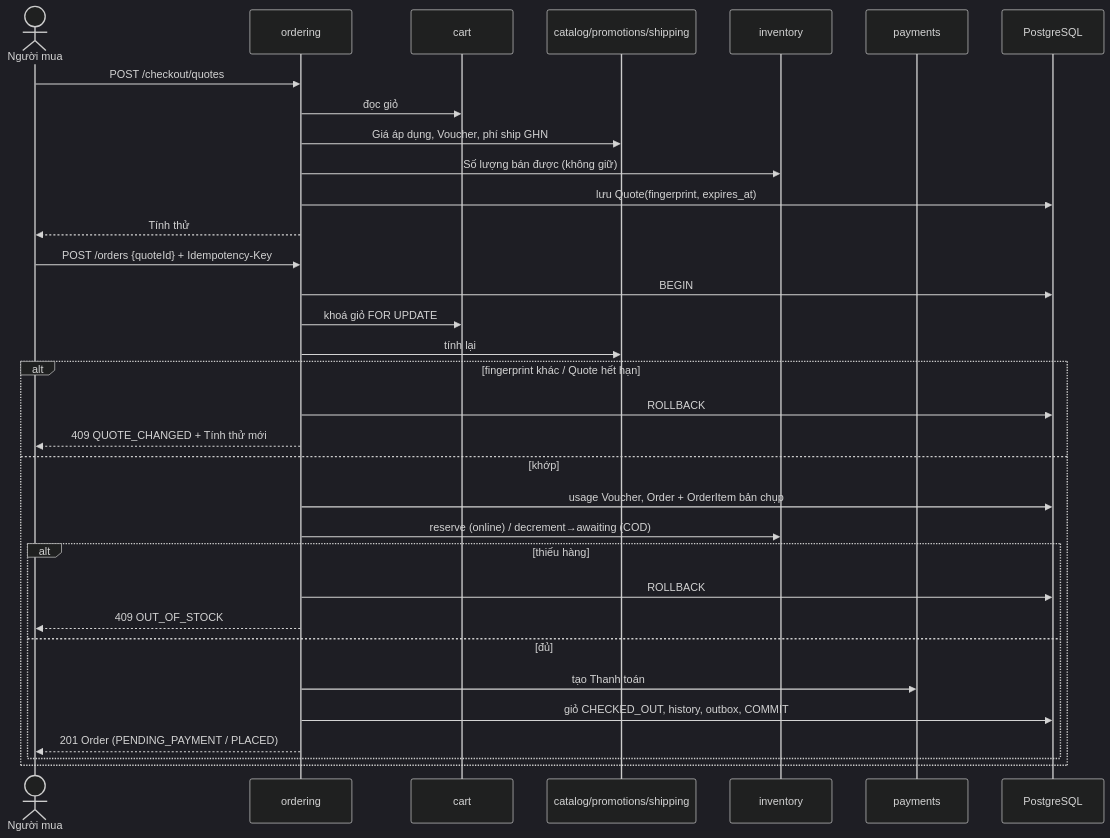
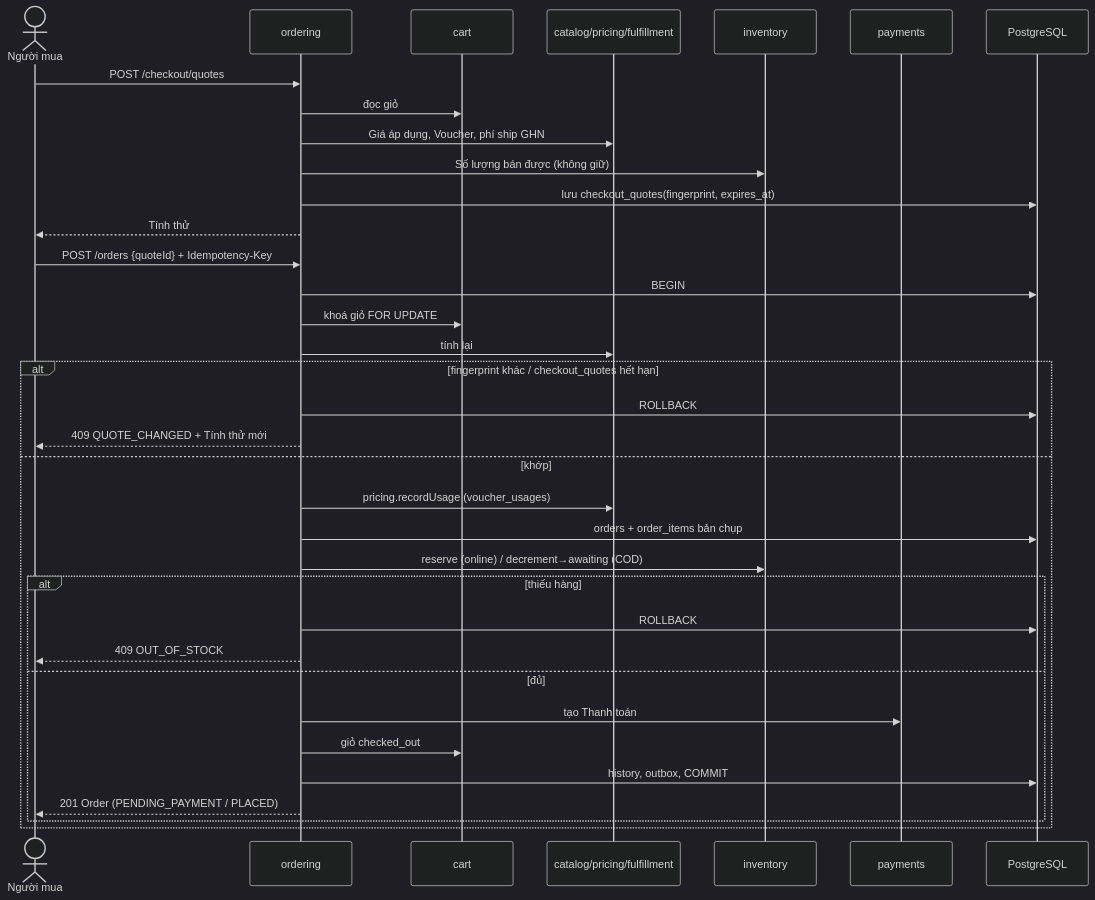
Before and after one commit to LuongCongThanh/be-demo: the diagram in docs/architecture/modules/ordering.md, drawn with Mermaid (dark theme). The commit also changed other lines of this file and 15 other files, not shown here.

Commit message:
docs: align module docs with target schema

````diff
--- a/docs/architecture/modules/ordering.md
+++ b/docs/architecture/modules/ordering.md
@@ -81,36 +83,38 @@
 ```mermaid
 sequenceDiagram
     actor B as Người mua
     participant O as ordering
     participant C as cart
-    participant CAT as catalog/promotions/shipping
+    participant CAT as catalog/pricing/fulfillment
     participant I as inventory
     participant P as payments
     participant DB as PostgreSQL
 
     B->>O: POST /checkout/quotes
     O->>C: đọc giỏ
     O->>CAT: Giá áp dụng, Voucher, phí ship GHN
     O->>I: Số lượng bán được (không giữ)
-    O->>DB: lưu Quote(fingerprint, expires_at)
+    O->>DB: lưu checkout_quotes(fingerprint, expires_at)
     O-->>B: Tính thử
     B->>O: POST /orders {quoteId} + Idempotency-Key
     O->>DB: BEGIN
     O->>C: khoá giỏ FOR UPDATE
     O->>CAT: tính lại
-    alt fingerprint khác / Quote hết hạn
+    alt fingerprint khác / checkout_quotes hết hạn
         O->>DB: ROLLBACK
         O-->>B: 409 QUOTE_CHANGED + Tính thử mới
     else khớp
-        O->>DB: usage Voucher, Order + OrderItem bản chụp
+        O->>CAT: pricing.recordUsage (voucher_usages)
+        O->>DB: orders + order_items bản chụp
         O->>I: reserve (online) / decrement→awaiting (COD)
         alt thiếu hàng
             O->>DB: ROLLBACK
             O-->>B: 409 OUT_OF_STOCK
         else đủ
             O->>P: tạo Thanh toán
-            O->>DB: giỏ CHECKED_OUT, history, outbox, COMMIT
+            O->>C: giỏ checked_out
+            O->>DB: history, outbox, COMMIT
             O-->>B: 201 Order (PENDING_PAYMENT / PLACED)
         end
     end
 ```
````
